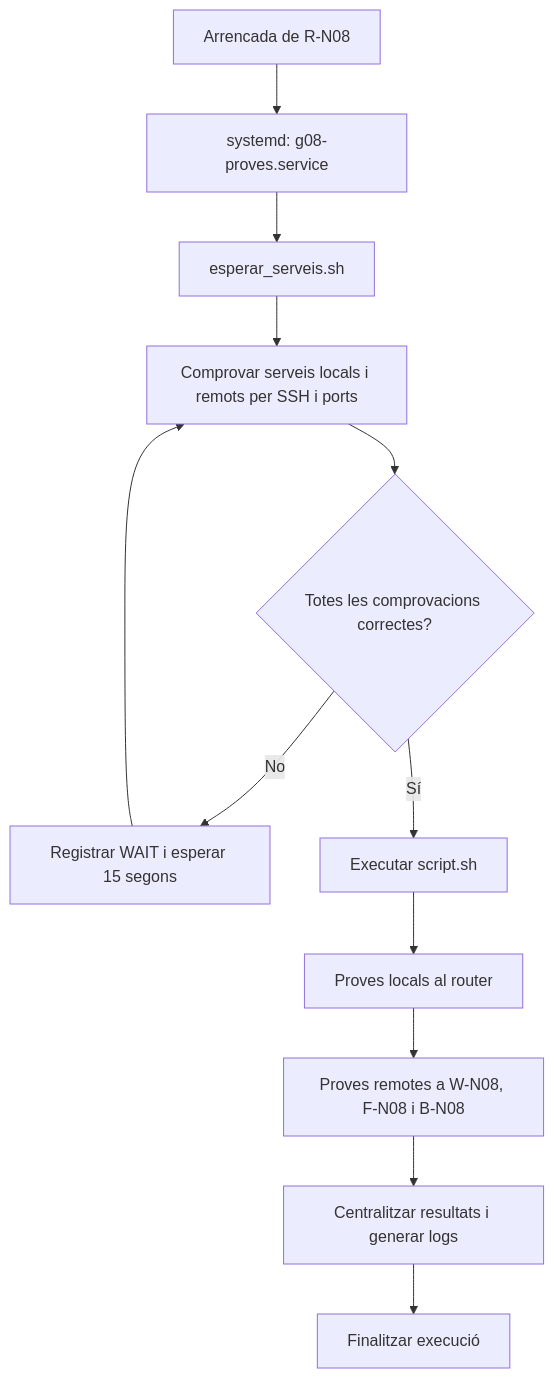
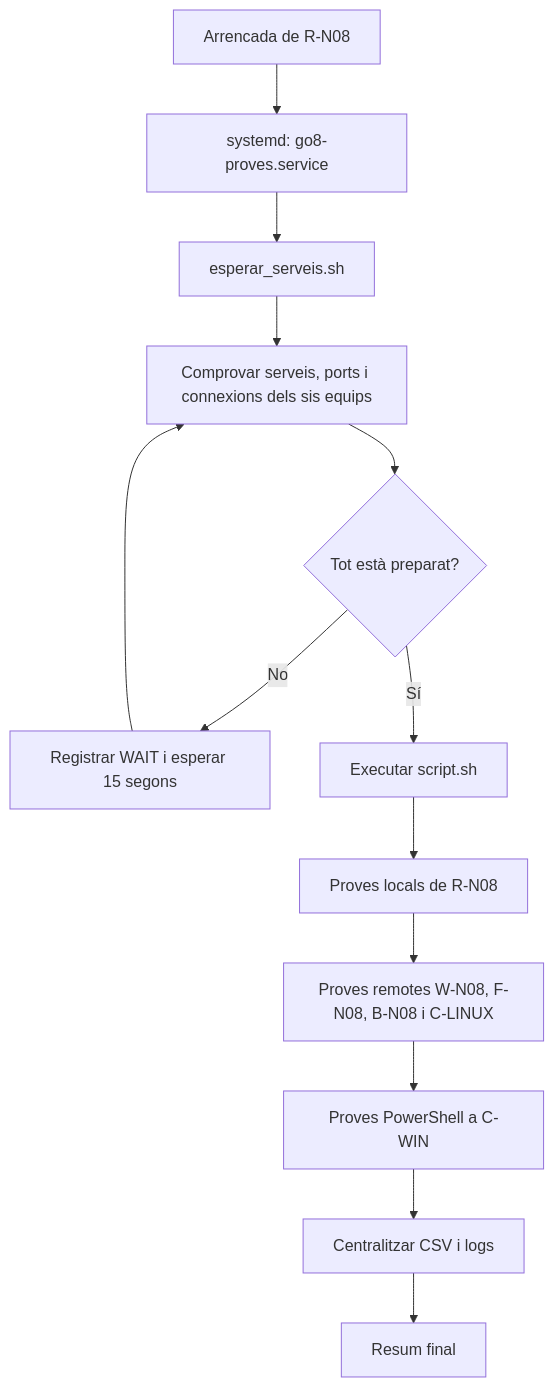
Before and after one commit to ITB2526-MarcCastro/P0.0-ASIXc2gA-G08: the diagram in joc de proves/Joc de proves.md, drawn with Mermaid. The commit also changed other lines of this file and 4 other files, not shown here.

````diff
--- a/joc de proves/Joc de proves.md
+++ b/joc de proves/Joc de proves.md
@@ -24,14 +52,15 @@
 ```mermaid
 flowchart TD
-    A[Arrencada de R-N08] --> B[systemd: g08-proves.service]
+    A[Arrencada de R-N08] --> B[systemd: go8-proves.service]
     B --> C[esperar_serveis.sh]
-    C --> D[Comprovar serveis locals i remots per SSH i ports]
-    D --> E{Totes les comprovacions correctes?}
+    C --> D[Comprovar serveis, ports i connexions dels sis equips]
+    D --> E{Tot està preparat?}
     E -- No --> F[Registrar WAIT i esperar 15 segons]
     F --> D
     E -- Sí --> G[Executar script.sh]
-    G --> H[Proves locals al router]
-    H --> I[Proves remotes a W-N08, F-N08 i B-N08]
-    I --> J[Centralitzar resultats i generar logs]
-    J --> K[Finalitzar execució]
+    G --> H[Proves locals de R-N08]
+    H --> I[Proves remotes W-N08, F-N08, B-N08 i C-LINUX]
+    I --> J[Proves PowerShell a C-WIN]
+    J --> K[Centralitzar CSV i logs]
+    K --> L[Resum final]
 ```
````
